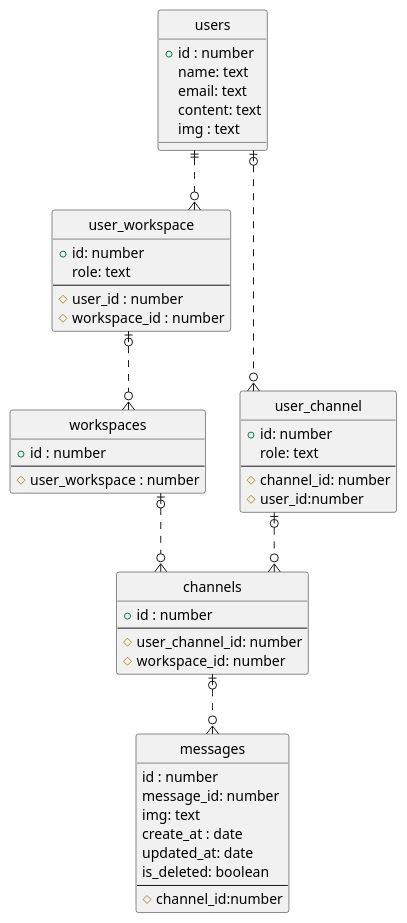
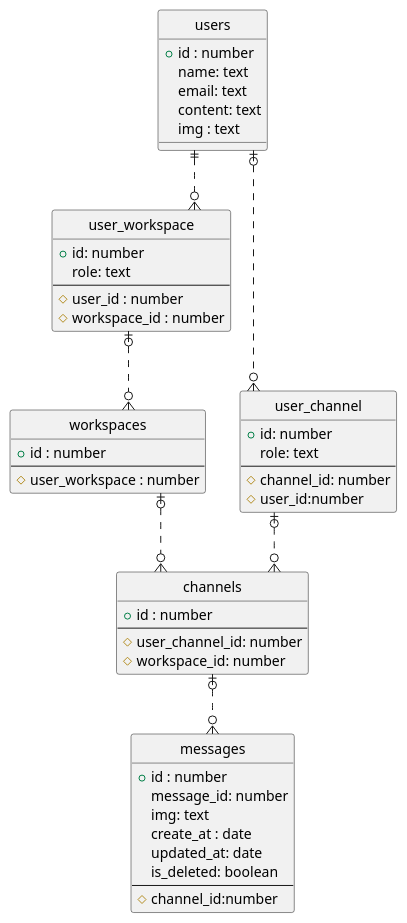
The diagram in modeling/02_task/task.puml (jp-knj/praha), drawn with PlantUML before and after one commit. The commit also changed 2 other files, not shown here.

```diff
--- a/modeling/02_task/task.puml
+++ b/modeling/02_task/task.puml
@@ -1,62 +1,62 @@
 @startuml
 ' hide the spot
 hide circle
 
 'avoid problems with angled crows feet
 skinparam linetype ortho
 
 entity "users" as users {
   +id : number
   name: text
   email: text
   content: text
   img : text
 }
 
 entity user_workspace as "user_workspace" {
   +id: number
   role: text
   --
   #user_id : number
   #workspace_id : number
 }
 
 entity "workspaces" as workspaces {
   +id : number
   --
   #user_workspace : number
 }
 
 entity "user_channel" as user_channel{
   +id: number
   role: text
   --
   #channel_id: number
   #user_id:number
 }
 
 entity "channels" as channels {
   +id : number
   --
   #user_channel_id: number
   #workspace_id: number
 }
 
 entity "messages" as messages {
-  id : number
+  +id : number
   message_id: number
   img: text
   create_at : date
   updated_at: date
   is_deleted: boolean
   --
   #channel_id:number
 }
 
 users ||..o{ user_workspace
 user_workspace |o..o{ workspaces
 workspaces |o..o{ channels
 users|o..o{ user_channel
 user_channel|o..o{ channels
 channels |o..o{ messages
 @enduml
```
